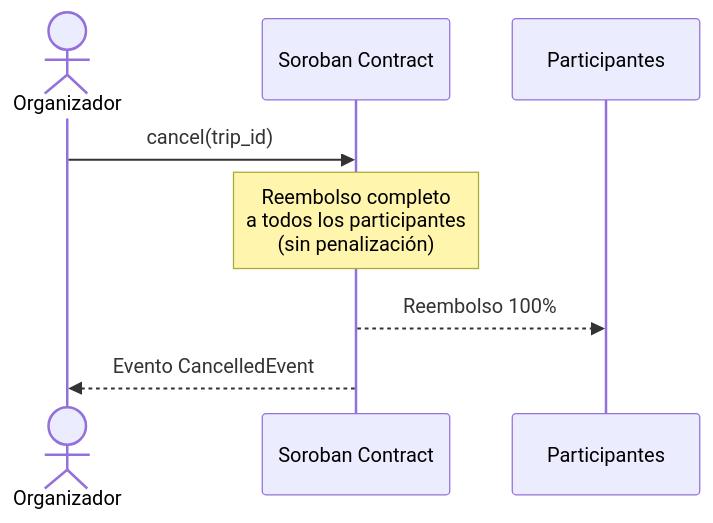
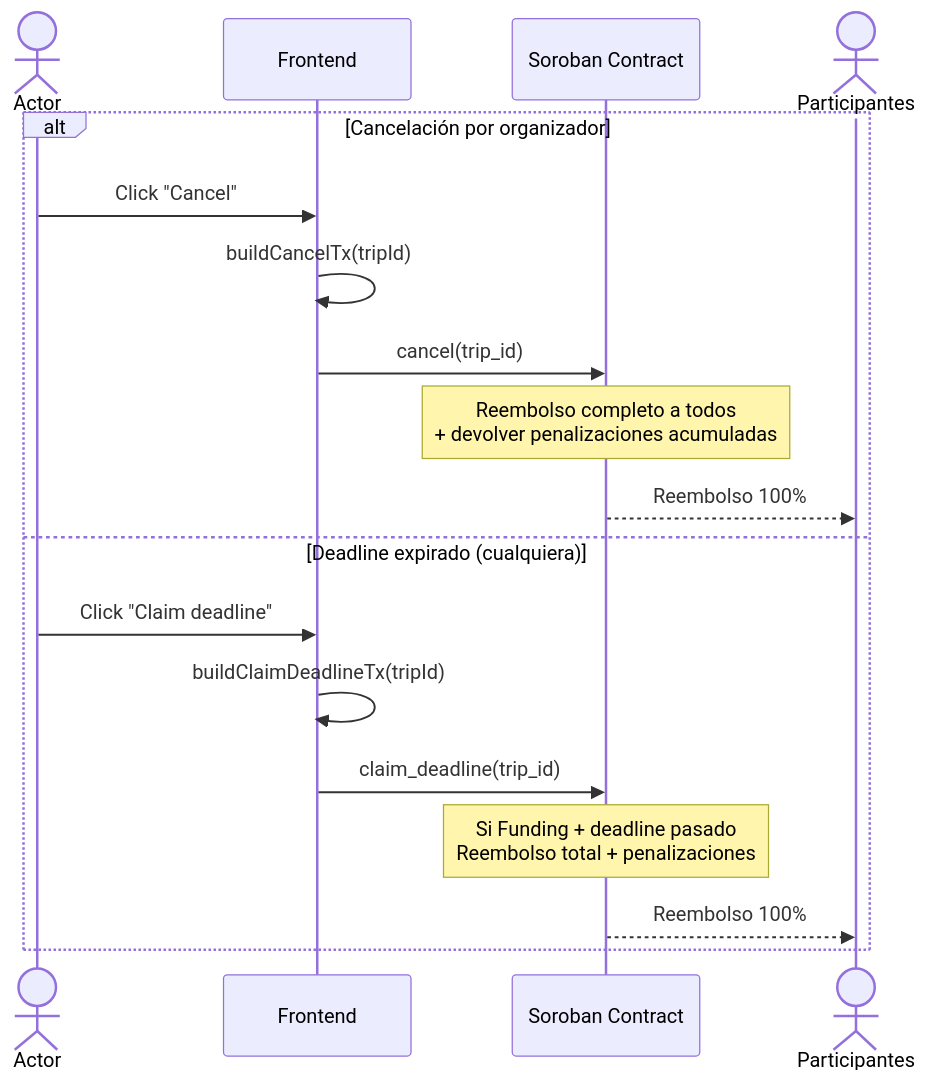
One commit to CoKeFish/Impacta-Bootcamp changed the ninth of 12 diagrams in ARCHITECTURE.md. Above: the diagram before and after it, drawn with Mermaid. The commit also changed other lines of this file and 4 other files, not shown here.

````diff
--- a/ARCHITECTURE.md
+++ b/ARCHITECTURE.md
@@ -301,10 +425,21 @@
 ```mermaid
 sequenceDiagram
-    actor O as Organizador
+    actor A as Actor
+    participant FE as Frontend
     participant SC as Soroban Contract
-    participant P as Participantes
-    O ->> SC: cancel(trip_id)
-    Note over SC: Reembolso completo<br/>a todos los participantes<br/>(sin penalización)
-    SC -->> P: Reembolso 100%
-    SC -->> O: Evento CancelledEvent
+    actor P as Participantes
+
+    alt Cancelación por organizador
+        A ->> FE: Click "Cancel"
+        FE ->> FE: buildCancelTx(tripId)
+        FE ->> SC: cancel(trip_id)
+        Note over SC: Reembolso completo a todos<br/>+ devolver penalizaciones acumuladas
+        SC -->> P: Reembolso 100%
+    else Deadline expirado (cualquiera)
+        A ->> FE: Click "Claim deadline"
+        FE ->> FE: buildClaimDeadlineTx(tripId)
+        FE ->> SC: claim_deadline(trip_id)
+        Note over SC: Si Funding + deadline pasado<br/>Reembolso total + penalizaciones
+        SC -->> P: Reembolso 100%
+    end
 ```
````
